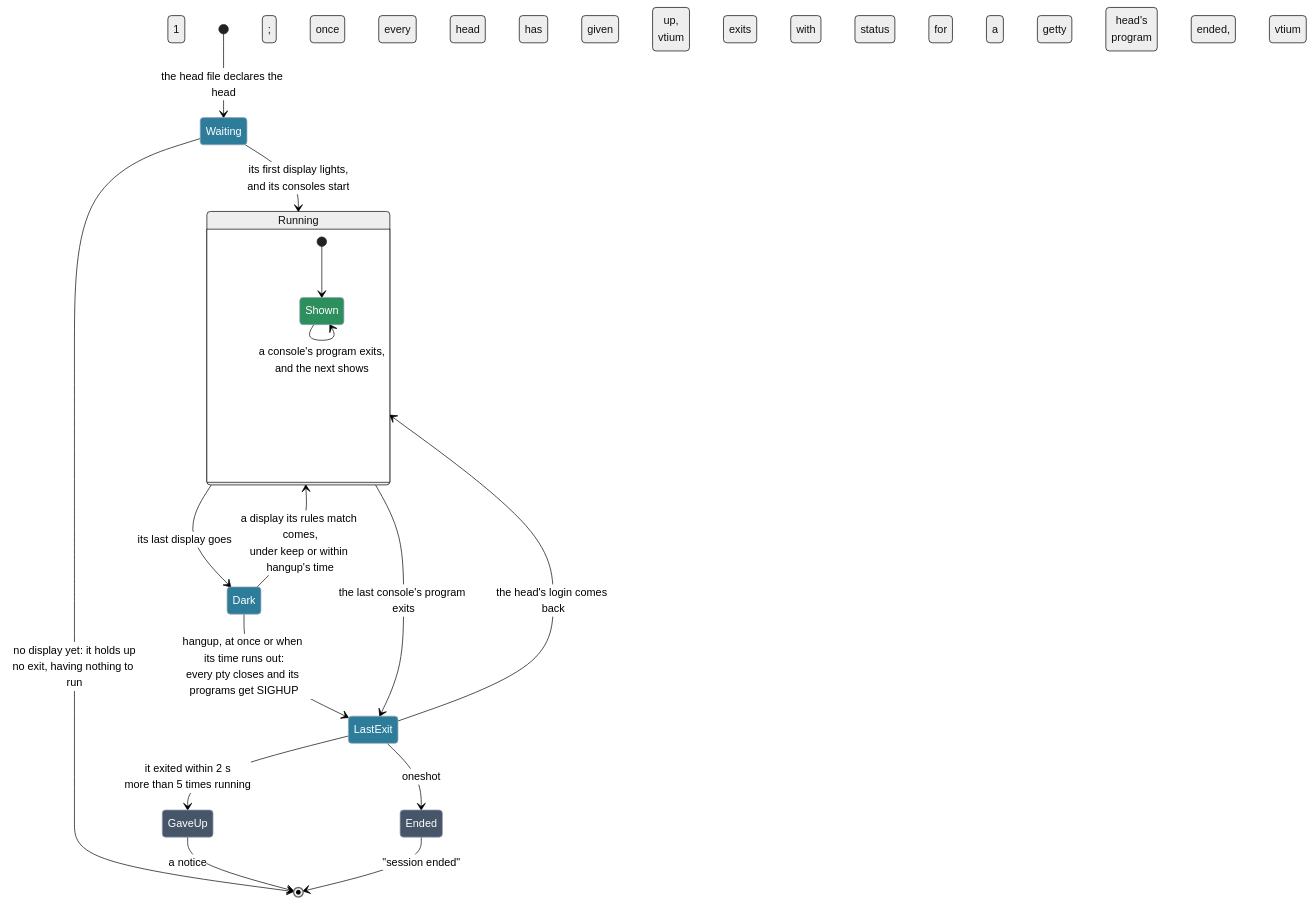
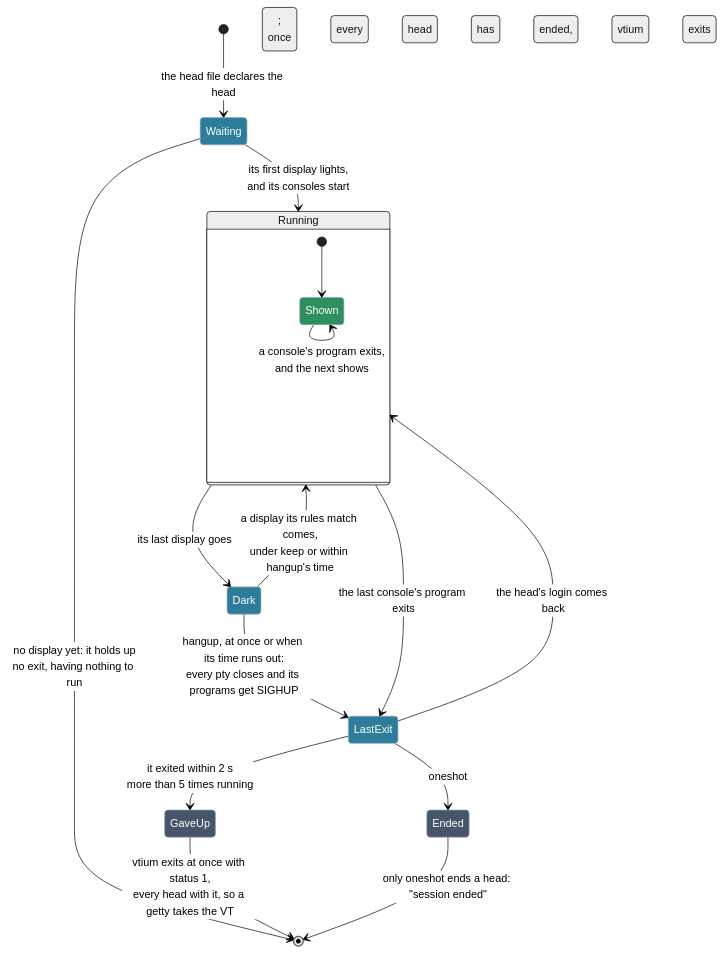
The second of 3 diagrams in docs/concepts.md (vtium/vtium), drawn with Mermaid (neutral theme) before and after one commit. The commit also changed other lines of this file and 4 other files, not shown here.

````diff
--- a/docs/concepts.md
+++ b/docs/concepts.md
@@ -114,26 +114,26 @@
 ```mermaid
 stateDiagram-v2
     [*] --> Waiting: the head file declares the head
     Waiting --> Running: its first display lights,<br>and its consoles start
     Waiting --> [*]: no display yet: it holds up<br>no exit, having nothing to run
     state Running {
         [*] --> Shown
         Shown --> Shown: Ctrl-Super-Right or Left<br>shows the next or the previous
         Shown --> Shown: a console's program exits,<br>and the next shows
     }
     Running --> Dark: its last display goes
     Dark --> Running: a display its rules match comes,<br>under keep or within hangup's time
     Dark --> LastExit: hangup, at once or when its time runs out:<br>every pty closes and its programs get SIGHUP
     Running --> LastExit: the last console's program exits
     LastExit --> Running: the head's login comes back
     LastExit --> GaveUp: it exited within 2 s<br>more than 5 times running
     LastExit --> Ended: oneshot
-    GaveUp --> [*]: a notice; once every head has given up,<br>vtium exits with status 1 for a getty
-    Ended --> [*]: "session ended"; once every head's<br>program has ended, vtium exits
+    GaveUp --> [*]: vtium exits at once with status 1,<br>every head with it, so a getty takes the VT
+    Ended --> [*]: only oneshot ends a head: "session ended";<br>once every head has ended, vtium exits
     classDef step fill:#2d7d9a,color:#ffffff,stroke:#94a3b8
     classDef done fill:#2d8e5e,color:#ffffff,stroke:#94a3b8
     classDef inert fill:#475569,color:#ffffff,stroke:#94a3b8
     class Waiting,LastExit,Dark step
     class Shown done
     class GaveUp,Ended inert
 ```
````
